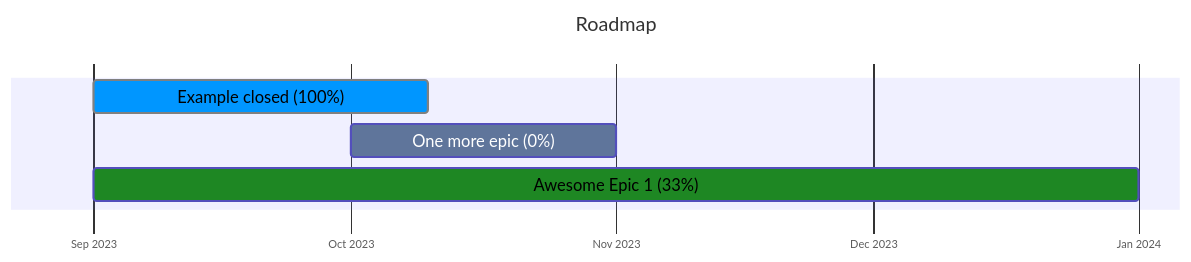
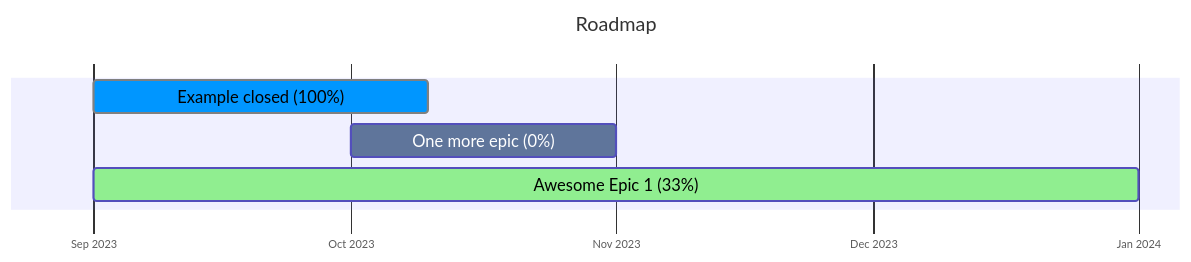
Before and after one commit to slamdev/sample-repo: the diagram in README.md, drawn with Mermaid.

````diff
--- a/README.md
+++ b/README.md
@@ -4,27 +4,27 @@
 ```mermaid
 %%{
   init: {
     'gantt': {
      'fontSize': 15,
      'barHeight': 30,
      'barGap': 10,
      'topPadding': 70,
      'gridLineStartPadding': 35,
      'topAxis': false
     },
     'themeVariables': {
-      'activeTaskBkgColor': '#1E8723',
+      'activeTaskBkgColor': '#90EE90',
       'doneTaskBkgColor': '#0096FF',
       'taskBkgColor': '#5F759B'
     }
   }
 }%%
 gantt
     title Roadmap
     dateFormat YYYY-MM-DD
     tickInterval 1month
     axisFormat %b %Y
     Example closed (100%) :done, 2023-09-01, 2023-10-10
     One more epic (0%) : 2023-10-01, 2023-11-01
     Awesome Epic 1 (33%) :active, 2023-09-01, 2024-01-01
 ```
````
